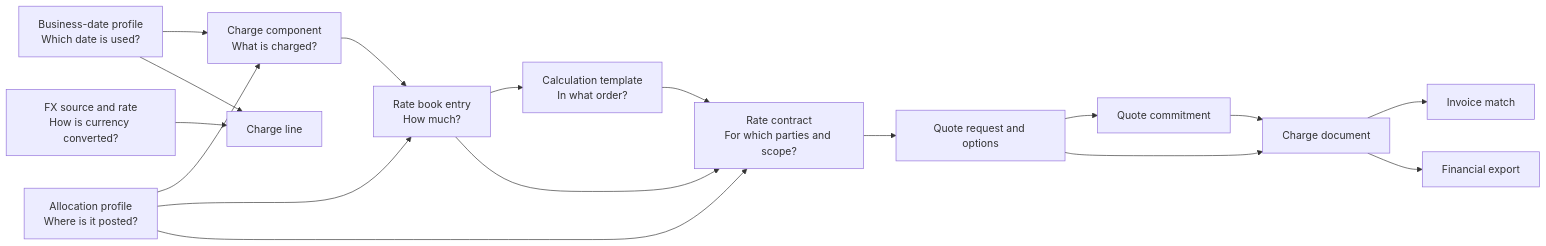
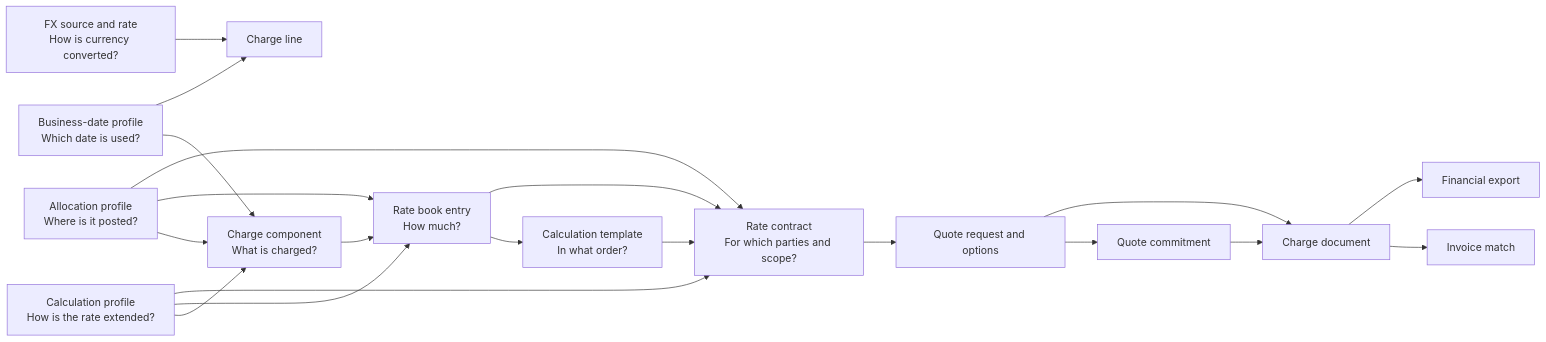
One commit to soubhik-sen/charge-management-api changed the diagram in docs/core-concepts.md. Above: the diagram before and after it, drawn with Mermaid. The commit also changed other lines of this file and 13 other files, not shown here.

````diff
--- a/docs/core-concepts.md
+++ b/docs/core-concepts.md
@@ -7,19 +7,22 @@
 ```mermaid
 flowchart LR
     C["Charge component\nWhat is charged?"] --> R["Rate book entry\nHow much?"]
+    P["Calculation profile\nHow is the rate extended?"] --> C
+    P --> R
+    P --> K
     R --> T["Calculation template\nIn what order?"]
     R --> K["Rate contract\nFor which parties and scope?"]
     T --> K
     A["Allocation profile\nWhere is it posted?"] --> C
     A --> R
     A --> K
     D["Business-date profile\nWhich date is used?"] --> C
     F["FX source and rate\nHow is currency converted?"] --> L["Charge line"]
     D --> L
     K --> Q["Quote request and options"]
     Q --> M["Quote commitment"]
     Q --> X["Charge document"]
     M --> X
     X --> I["Invoice match"]
     X --> E["Financial export"]
 ```
````
